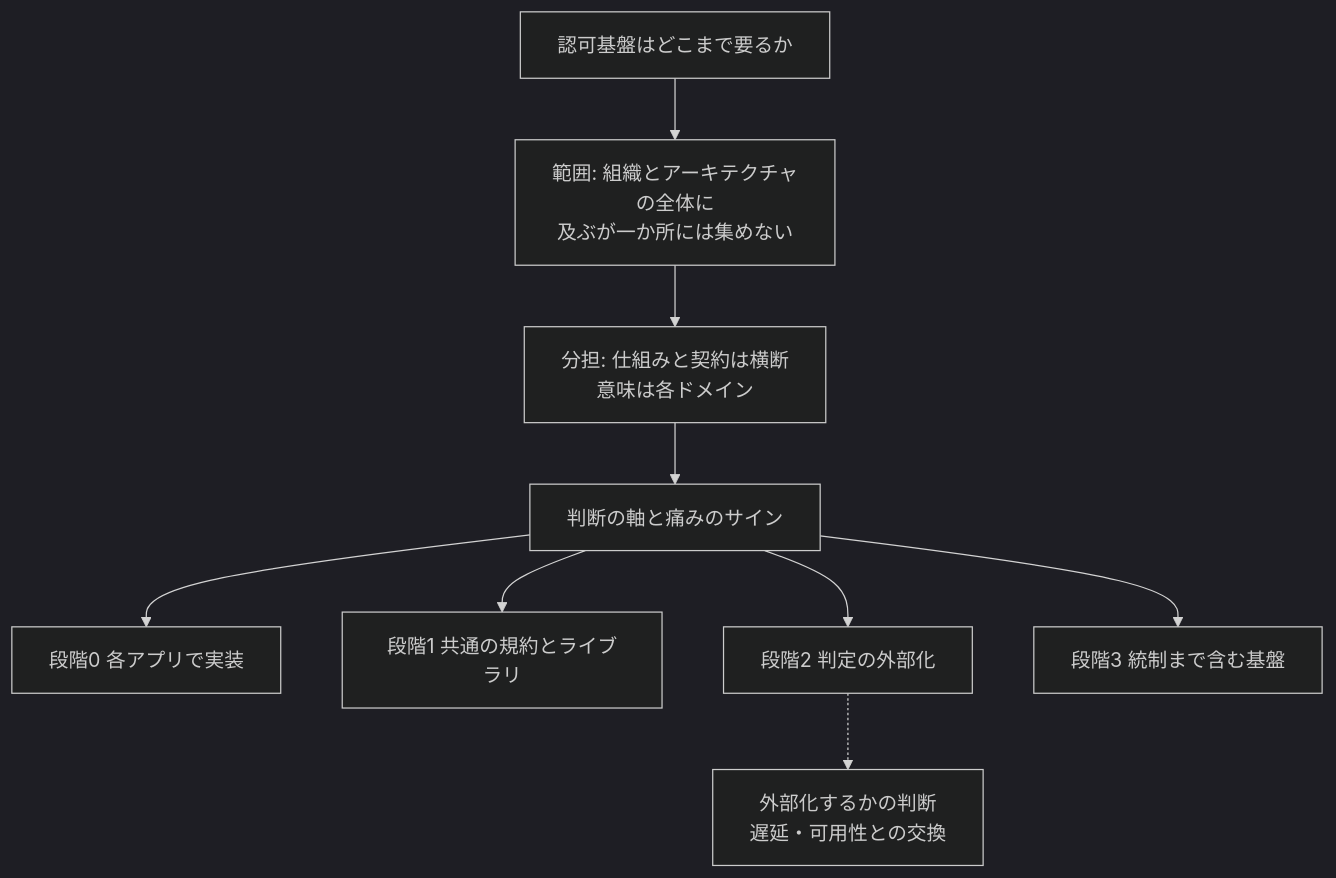
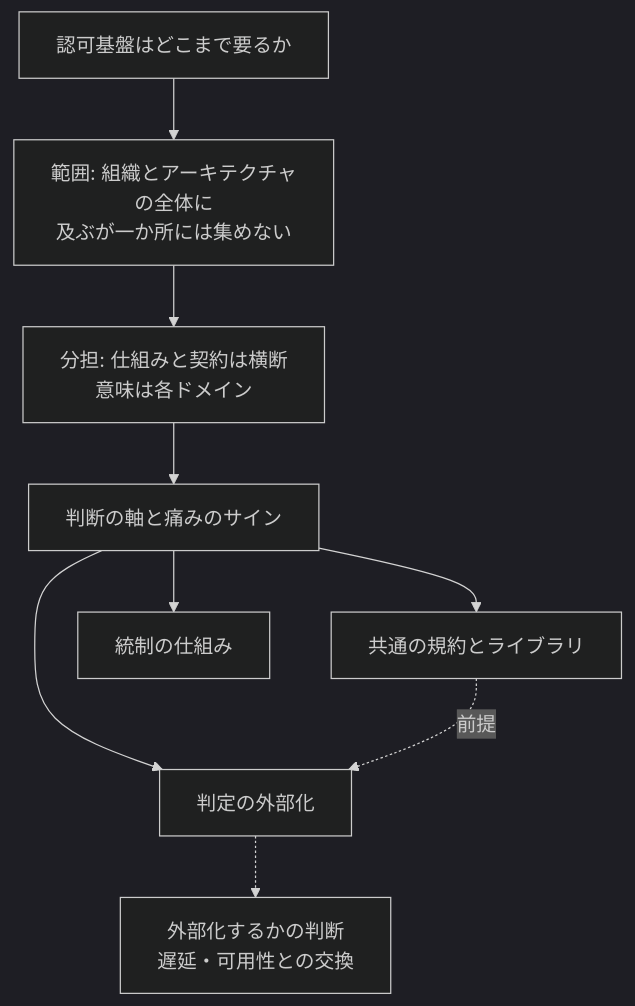
Before and after one commit to bmf-san/bmf-tech: the first of 3 diagrams in content/ja/posts/authorization-platform-scope-stages.md, drawn with Mermaid (dark theme). The commit also changed other lines of this file and 1 other file, not shown here.

````diff
--- a/content/ja/posts/authorization-platform-scope-stages.md
+++ b/content/ja/posts/authorization-platform-scope-stages.md
@@ -36,11 +36,11 @@
 ```mermaid
 flowchart TB
   Q["認可基盤はどこまで要るか"] --> S["範囲: 組織とアーキテクチャの全体に<br/>及ぶが一か所には集めない"]
   S --> D["分担: 仕組みと契約は横断<br/>意味は各ドメイン"]
   D --> A["判断の軸と痛みのサイン"]
-  A --> L0["段階0 各アプリで実装"]
-  A --> L1["段階1 共通の規約とライブラリ"]
-  A --> L2["段階2 判定の外部化"]
-  A --> L3["段階3 統制まで含む基盤"]
-  L2 -.-> X["外部化するかの判断<br/>遅延・可用性との交換"]
+  A --> P1["共通の規約とライブラリ"]
+  A --> P2["判定の外部化"]
+  A --> P3["統制の仕組み"]
+  P1 -. "前提" .-> P2
+  P2 -.-> X["外部化するかの判断<br/>遅延・可用性との交換"]
 ```
````
